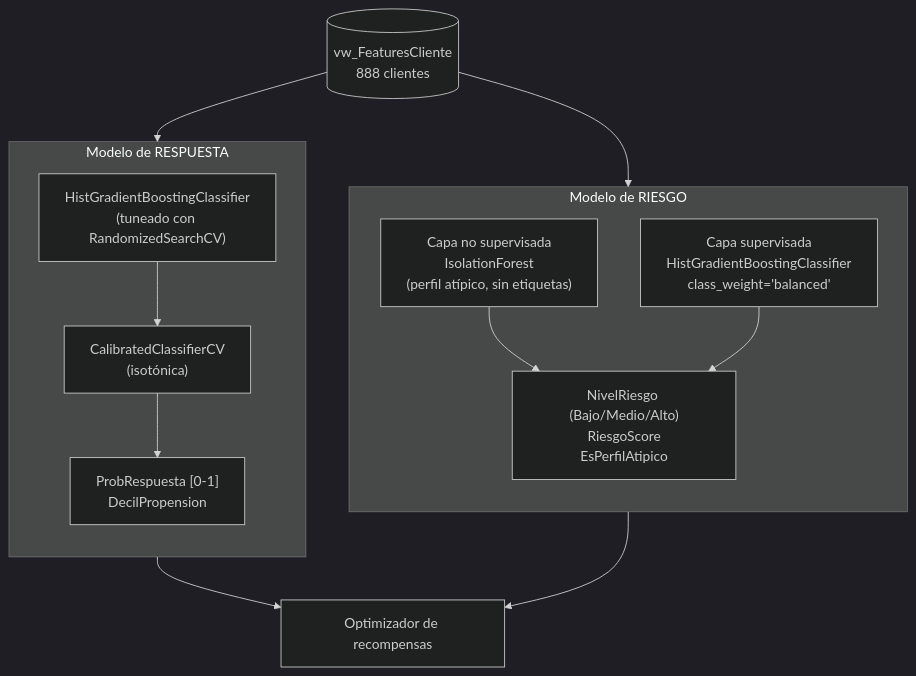
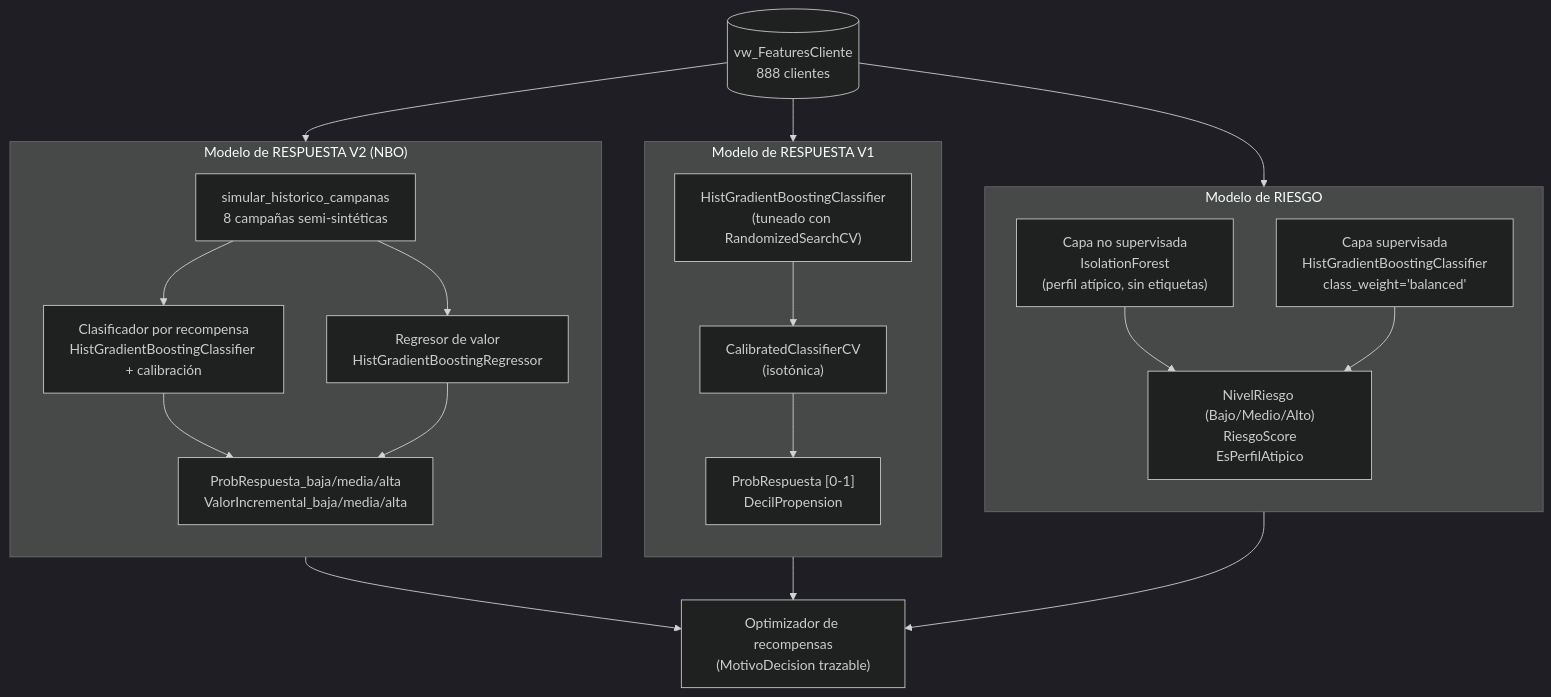
The diagram in docs/modelos.md (milagrossanchez/proyecto-integrador-ai-engineer), drawn with Mermaid (dark theme) before and after one commit. The commit also changed other lines of this file, not shown here.

Commit message:
docs/modelos.md: documenta el modelo NBO (V2) de Henry con diagrama

````diff
--- a/docs/modelos.md
+++ b/docs/modelos.md
@@ -10,26 +11,40 @@
 ```mermaid
 flowchart TB
     ABT[("vw_FeaturesCliente\n888 clientes")]
 
     subgraph M1["Modelo de RIESGO"]
         direction TB
         L1["Capa no supervisada\nIsolationForest\n(perfil atípico, sin etiquetas)"]
         L2["Capa supervisada\nHistGradientBoostingClassifier\nclass_weight='balanced'"]
         L1 --> OUT1
         L2 --> OUT1
         OUT1["NivelRiesgo (Bajo/Medio/Alto)\nRiesgoScore\nEsPerfilAtipico"]
     end
 
-    subgraph M2["Modelo de RESPUESTA"]
+    subgraph M2["Modelo de RESPUESTA V1"]
         direction TB
         L3["HistGradientBoostingClassifier\n(tuneado con RandomizedSearchCV)"]
         L4["CalibratedClassifierCV\n(isotónica)"]
         L3 --> L4 --> OUT2
         OUT2["ProbRespuesta [0-1]\nDecilPropension"]
     end
 
+    subgraph M3["Modelo de RESPUESTA V2 (NBO)"]
+        direction TB
+        SIM["simular_historico_campanas\n8 campañas semi-sintéticas"]
+        L5["Clasificador por recompensa\nHistGradientBoostingClassifier + calibración"]
+        L6["Regresor de valor\nHistGradientBoostingRegressor"]
+        SIM --> L5
+        SIM --> L6
+        L5 --> OUT3
+        L6 --> OUT3
+        OUT3["ProbRespuesta_baja/media/alta\nValorIncremental_baja/media/alta"]
+    end
+
     ABT --> M1
     ABT --> M2
-    OUT1 --> OPT["Optimizador de recompensas"]
+    ABT --> M3
+    OUT1 --> OPT["Optimizador de recompensas\n(MotivoDecision trazable)"]
     OUT2 --> OPT
+    OUT3 --> OPT
 ```
````
